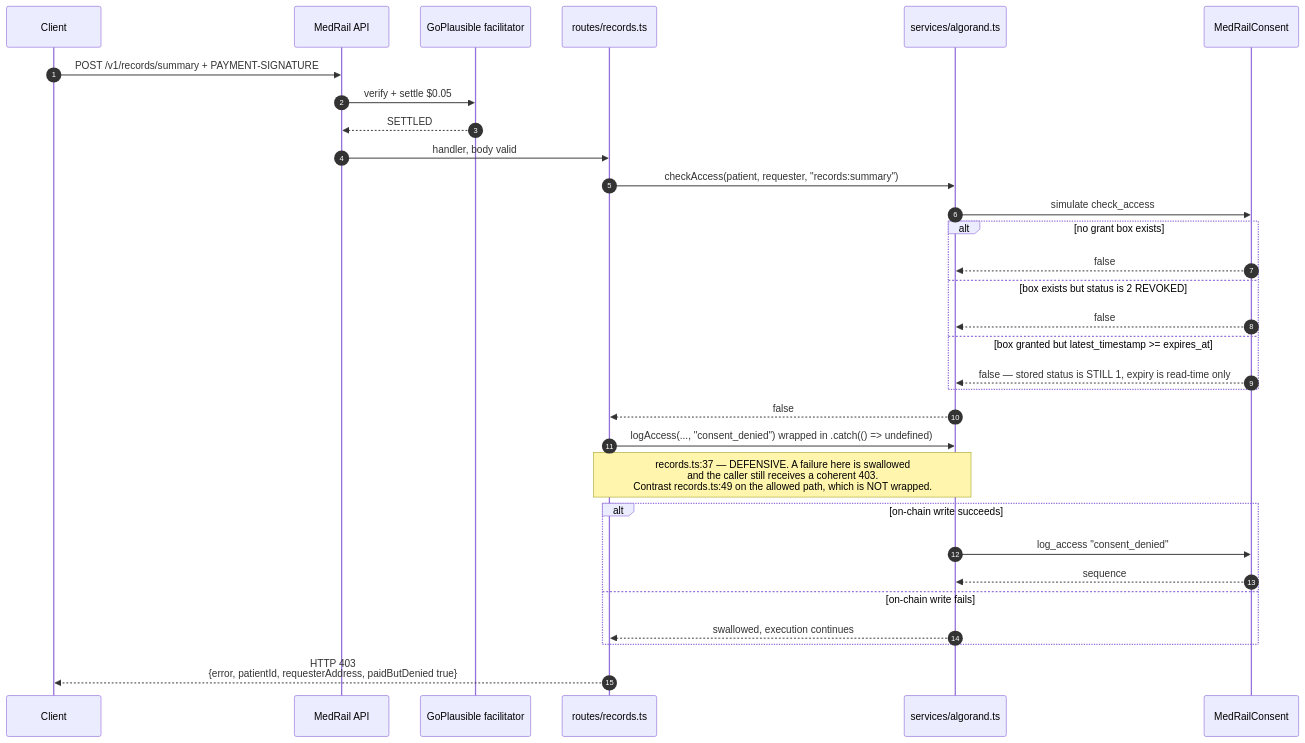
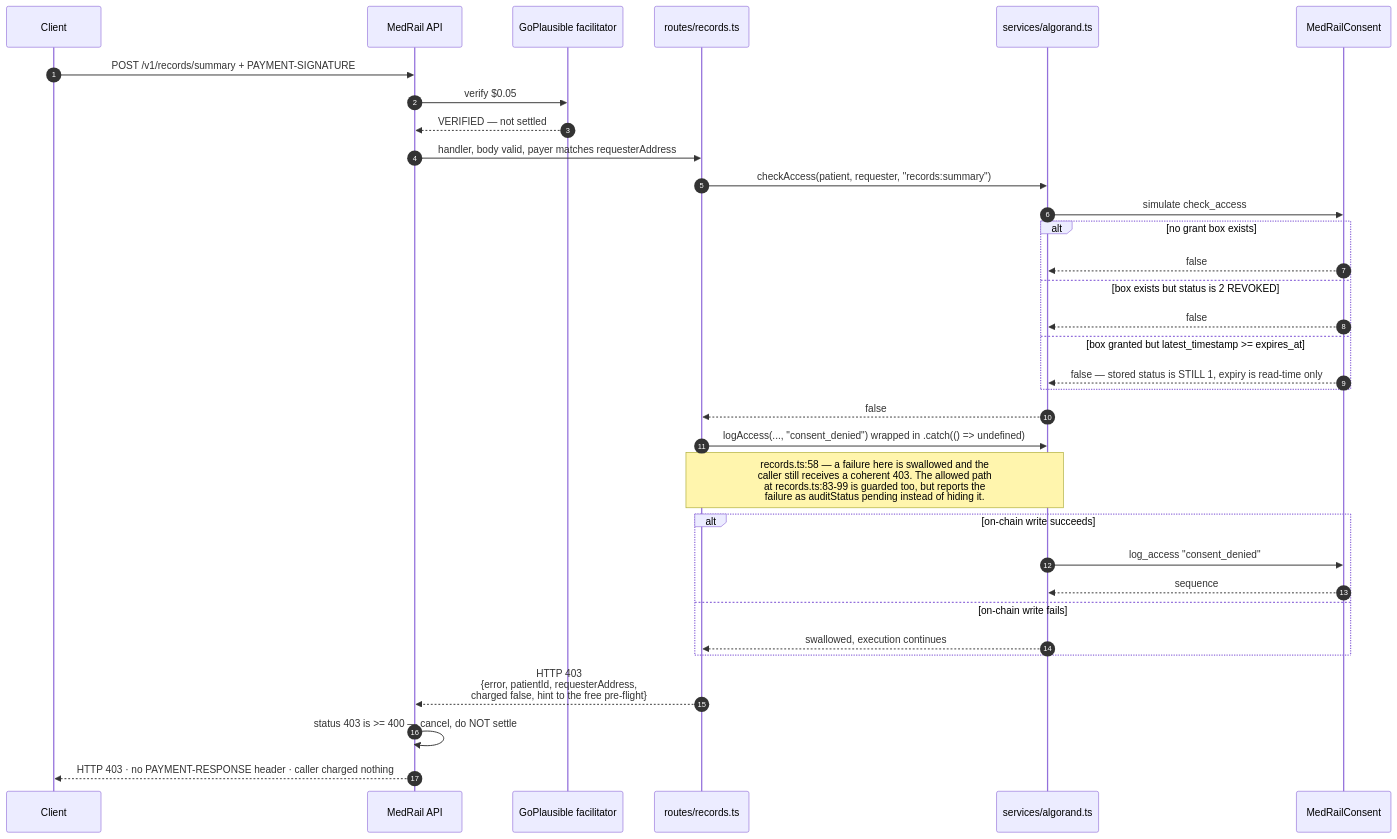
The fifth of 9 diagrams in docs/03_Architecture/Sequence_Diagrams.md (Hydra-Of-Malice/Medrail), drawn with Mermaid before and after one commit. The commit also changed other lines of this file and 77 other files, not shown here.

````diff
--- a/docs/03_Architecture/Sequence_Diagrams.md
+++ b/docs/03_Architecture/Sequence_Diagrams.md
@@ -237,37 +248,39 @@
 ```mermaid
 sequenceDiagram
     autonumber
     participant Client
     participant API as MedRail API
     participant Fac as GoPlausible facilitator
     participant Rec as routes/records.ts
     participant Gw as services/algorand.ts
     participant App as MedRailConsent
 
     Client->>API: POST /v1/records/summary + PAYMENT-SIGNATURE
-    API->>Fac: verify + settle $0.05
-    Fac-->>API: SETTLED
-    API->>Rec: handler, body valid
+    API->>Fac: verify $0.05
+    Fac-->>API: VERIFIED — not settled
+    API->>Rec: handler, body valid, payer matches requesterAddress
 
     Rec->>Gw: checkAccess(patient, requester, "records:summary")
     Gw->>App: simulate check_access
     alt no grant box exists
         App-->>Gw: false
     else box exists but status is 2 REVOKED
         App-->>Gw: false
     else box granted but latest_timestamp >= expires_at
         App-->>Gw: false — stored status is STILL 1, expiry is read-time only
     end
     Gw-->>Rec: false
 
     Rec->>Gw: logAccess(..., "consent_denied") wrapped in .catch(() => undefined)
-    Note over Rec,Gw: records.ts:37 — DEFENSIVE. A failure here is swallowed<br/>and the caller still receives a coherent 403.<br/>Contrast records.ts:49 on the allowed path, which is NOT wrapped.
+    Note over Rec,Gw: records.ts:58 — a failure here is swallowed and the<br/>caller still receives a coherent 403. The allowed path<br/>at records.ts:83-99 is guarded too, but reports the<br/>failure as auditStatus pending instead of hiding it.
     alt on-chain write succeeds
         Gw->>App: log_access "consent_denied"
         App-->>Gw: sequence
     else on-chain write fails
         Gw-->>Rec: swallowed, execution continues
     end
 
-    Rec-->>Client: HTTP 403<br/>{error, patientId, requesterAddress, paidButDenied true}
+    Rec-->>API: HTTP 403<br/>{error, patientId, requesterAddress,<br/>charged false, hint to the free pre-flight}
+    API->>API: status 403 is >= 400 — cancel, do NOT settle
+    API-->>Client: HTTP 403 · no PAYMENT-RESPONSE header · caller charged nothing
 ```
````
